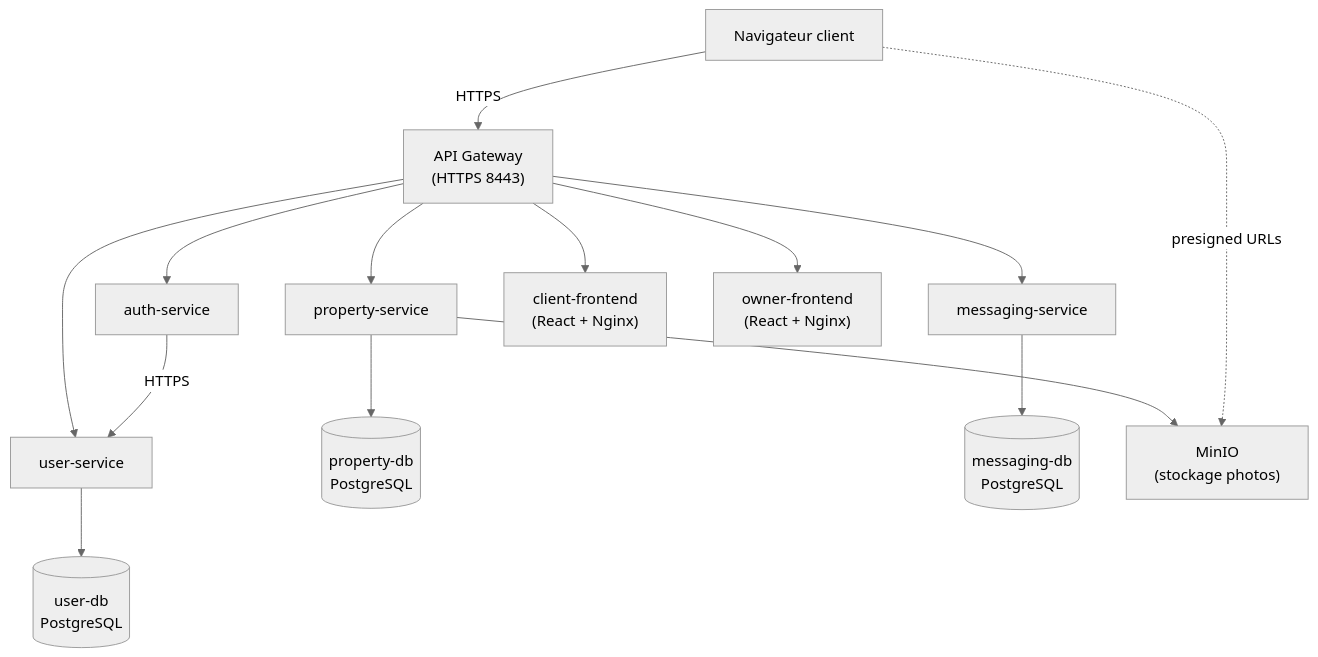
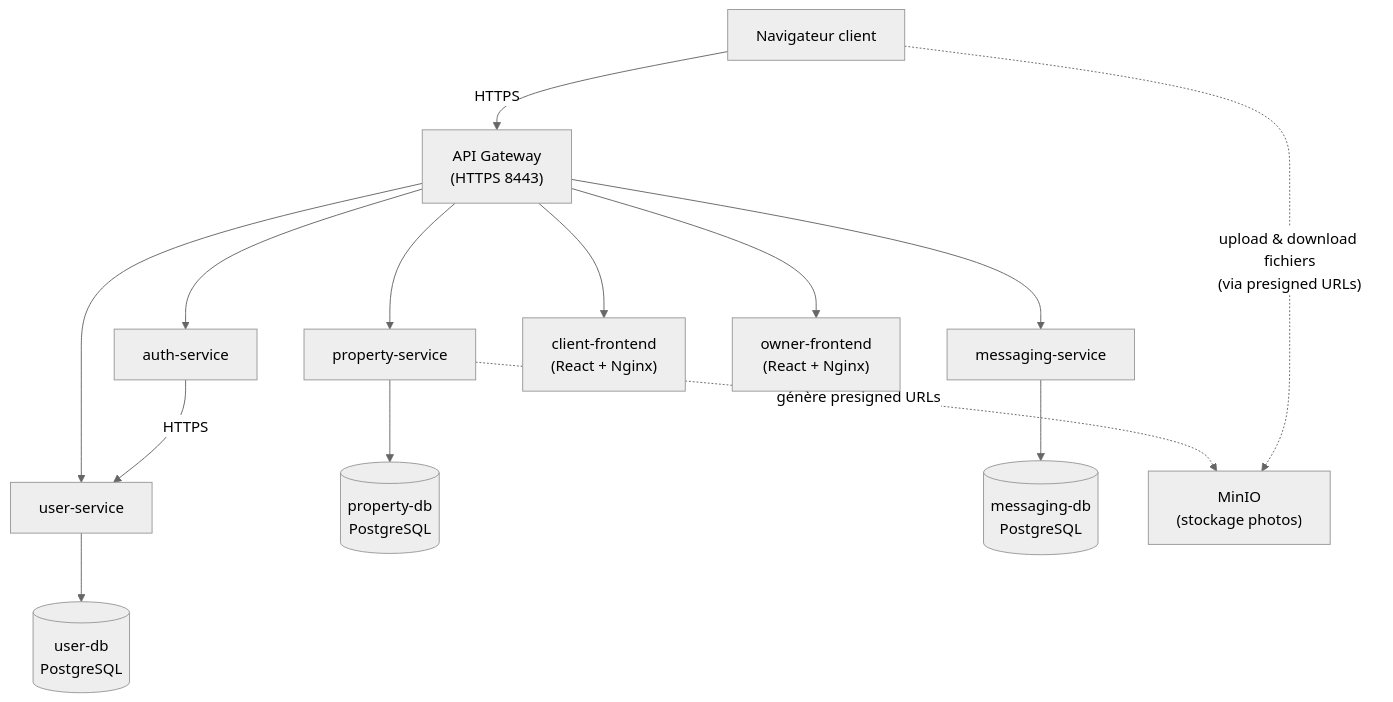
The diagram in rapport/mermaid-archi-globale.mmd (atLuka/projet_devops), drawn with Mermaid (neutral theme) before and after one commit. The commit also changed 2 other files, not shown here.

```diff
--- a/rapport/mermaid-archi-globale.mmd
+++ b/rapport/mermaid-archi-globale.mmd
@@ -1,27 +1,27 @@
 graph TD
     Browser["Navigateur client"]
     GW["API Gateway<br/>(HTTPS 8443)"]
     AUTH["auth-service"]
     USER["user-service"]
     PROP["property-service"]
     MSG["messaging-service"]
     CF["client-frontend<br/>(React + Nginx)"]
     OF["owner-frontend<br/>(React + Nginx)"]
     UDB[("user-db<br/>PostgreSQL")]
     PDB[("property-db<br/>PostgreSQL")]
     MDB[("messaging-db<br/>PostgreSQL")]
     MINIO["MinIO<br/>(stockage photos)"]
 
     Browser -->|HTTPS| GW
     GW --> AUTH
     GW --> USER
     GW --> PROP
     GW --> MSG
     GW --> CF
     GW --> OF
     AUTH -->|HTTPS| USER
     USER --> UDB
     PROP --> PDB
-    PROP --> MINIO
+    PROP -.->|"génère presigned URLs"| MINIO
     MSG --> MDB
-    Browser -.->|presigned URLs| MINIO
+    Browser -.->|"upload & download fichiers\n(via presigned URLs)"| MINIO
```
